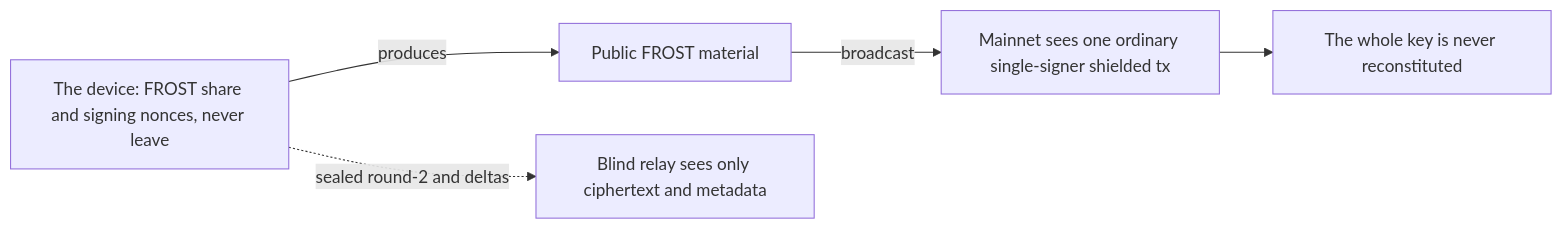
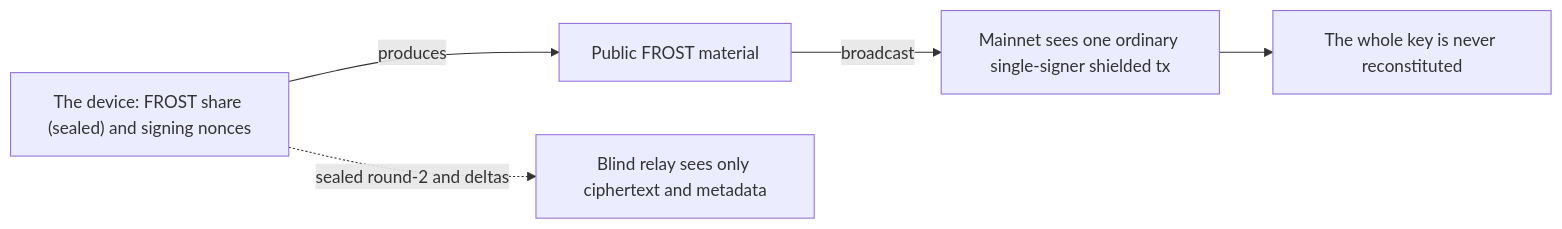
One commit to deegalabs/konclave changed the tenth of 10 diagrams in docs/DIAGRAMS.md. Above: the diagram before and after it, drawn with Mermaid. The commit also changed other lines of this file and 18 other files, not shown here.

````diff
--- a/docs/DIAGRAMS.md
+++ b/docs/DIAGRAMS.md
@@ -186,7 +187,7 @@
 ```mermaid
 flowchart LR
-  Dev["The device: FROST share and signing nonces, never leave"] -->|"produces"| Pub["Public FROST material"]
+  Dev["The device: FROST share (sealed) and signing nonces"] -->|"produces"| Pub["Public FROST material"]
   Pub -->|"broadcast"| Tx["Mainnet sees one ordinary single-signer shielded tx"]
   Dev -.->|"sealed round-2 and deltas"| Relay["Blind relay sees only ciphertext and metadata"]
   Tx --> Key["The whole key is never reconstituted"]
 ```
````
